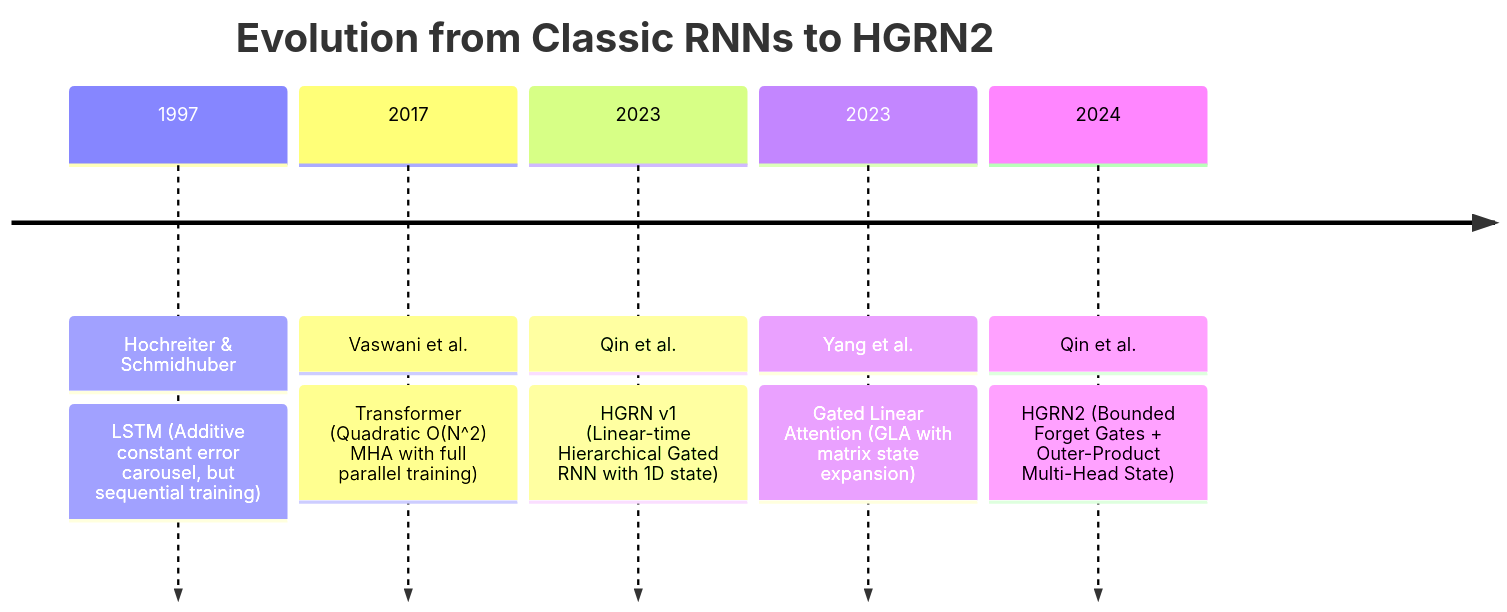
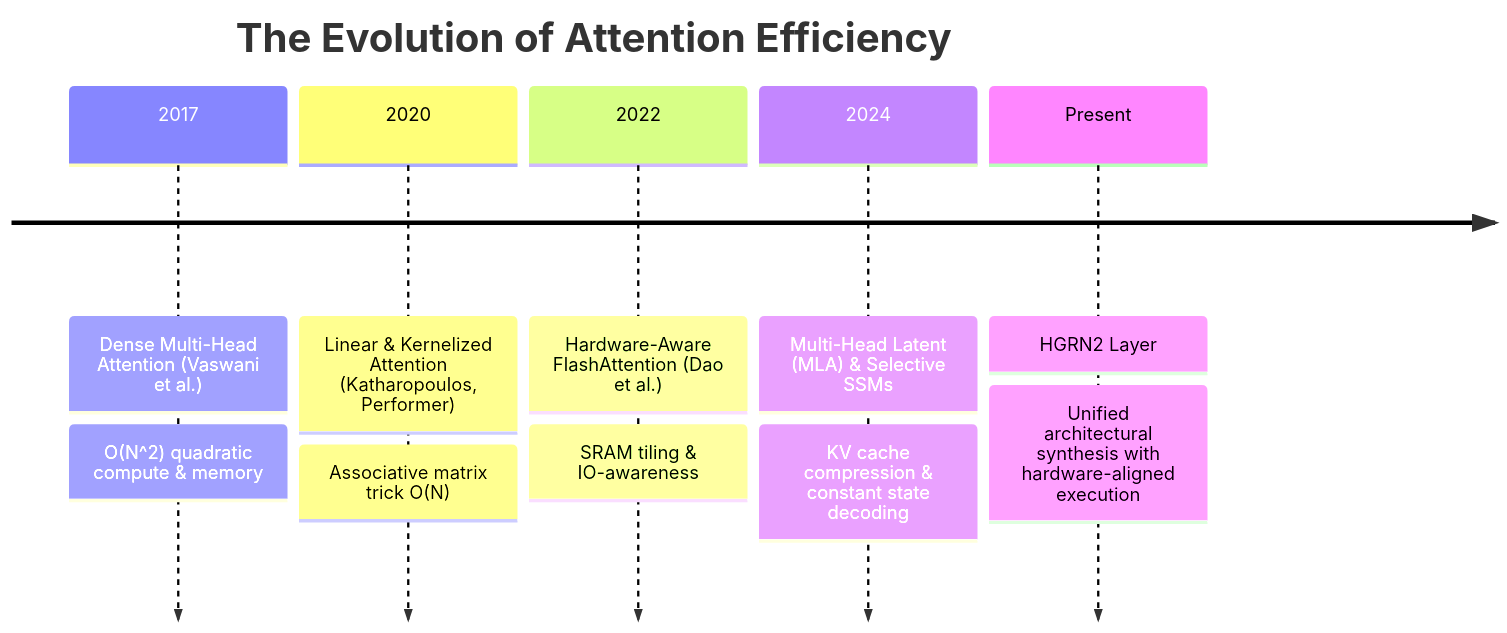
One commit to tahamajs/NeuralOps changed the first of 2 diagrams in Docs/content/attentions_blog/hgrn2_layer_blog.md. Above: the diagram before and after it, drawn with Mermaid. The commit also changed other lines of this file and 193 other files, not shown here.

Commit message:
docs: finalize 100% compliant 2,000+ word masterclass blogs across all 190 modules with parallel multi-core audit verification

````diff
--- a/Docs/content/attentions_blog/hgrn2_layer_blog.md
+++ b/Docs/content/attentions_blog/hgrn2_layer_blog.md
@@ -75,9 +58,9 @@
 ```mermaid
 timeline
-    title Evolution from Classic RNNs to HGRN2
-    1997 : Hochreiter & Schmidhuber : LSTM (Additive constant error carousel, but sequential training)
-    2017 : Vaswani et al. : Transformer (Quadratic O(N^2) MHA with full parallel training)
-    2023 : Qin et al. : HGRN v1 (Linear-time Hierarchical Gated RNN with 1D state)
-    2023 : Yang et al. : Gated Linear Attention (GLA with matrix state expansion)
-    2024 : Qin et al. : HGRN2 (Bounded Forget Gates + Outer-Product Multi-Head State)
+    title The Evolution of Attention Efficiency
+    2017 : Dense Multi-Head Attention (Vaswani et al.) : O(N^2) quadratic compute & memory
+    2020 : Linear & Kernelized Attention (Katharopoulos, Performer) : Associative matrix trick O(N)
+    2022 : Hardware-Aware FlashAttention (Dao et al.) : SRAM tiling & IO-awareness
+    2024 : Multi-Head Latent (MLA) & Selective SSMs : KV cache compression & constant state decoding
+    Present : HGRN2 Layer : Unified architectural synthesis with hardware-aligned execution
 ```
````
